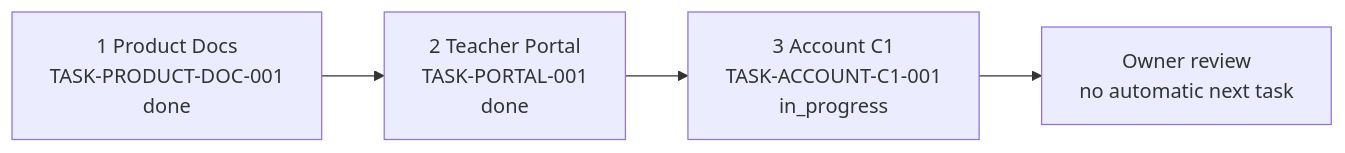
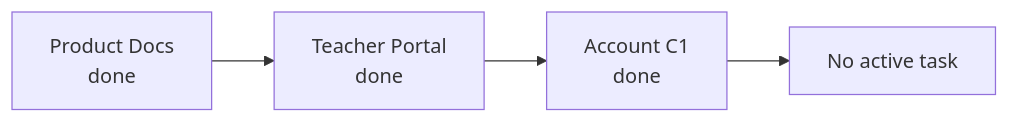
The first of 3 diagrams in docs/project-map/PROJECT_MAP.md (spikeal8-maker/asa-lab), drawn with Mermaid before and after one commit. The commit also changed other lines of this file, not shown here.

Commit message:
docs: render completed Account queue and blocked roadmap

````diff
--- a/docs/project-map/PROJECT_MAP.md
+++ b/docs/project-map/PROJECT_MAP.md
@@ -29,9 +26,9 @@
 ```mermaid
 flowchart LR
-    DOC[1 Product Docs<br/>TASK-PRODUCT-DOC-001<br/>done]
-    PORTAL[2 Teacher Portal<br/>TASK-PORTAL-001<br/>done]
-    ACCOUNT[3 Account C1<br/>TASK-ACCOUNT-C1-001<br/>in_progress]
-    STOP[Owner review<br/>no automatic next task]
+    DOC[Product Docs<br/>done]
+    PORTAL[Teacher Portal<br/>done]
+    ACCOUNT[Account C1<br/>done]
+    STOP[No active task]
 
     DOC --> PORTAL --> ACCOUNT --> STOP
 ```
````
